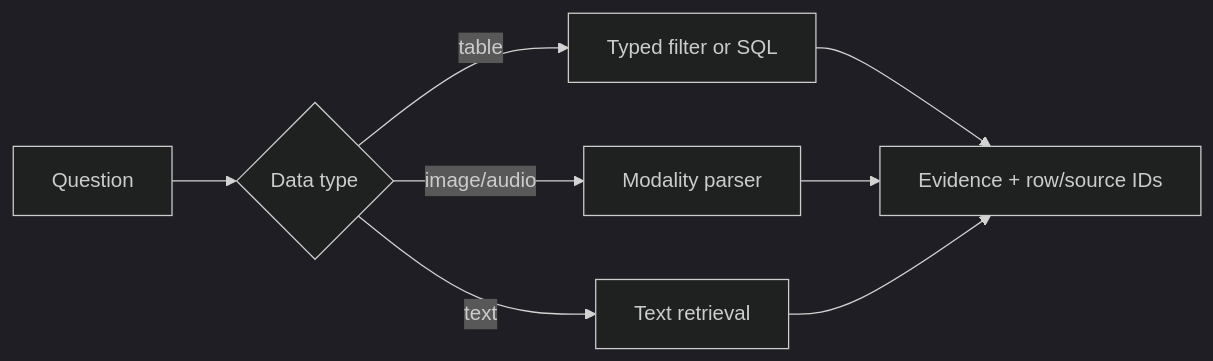
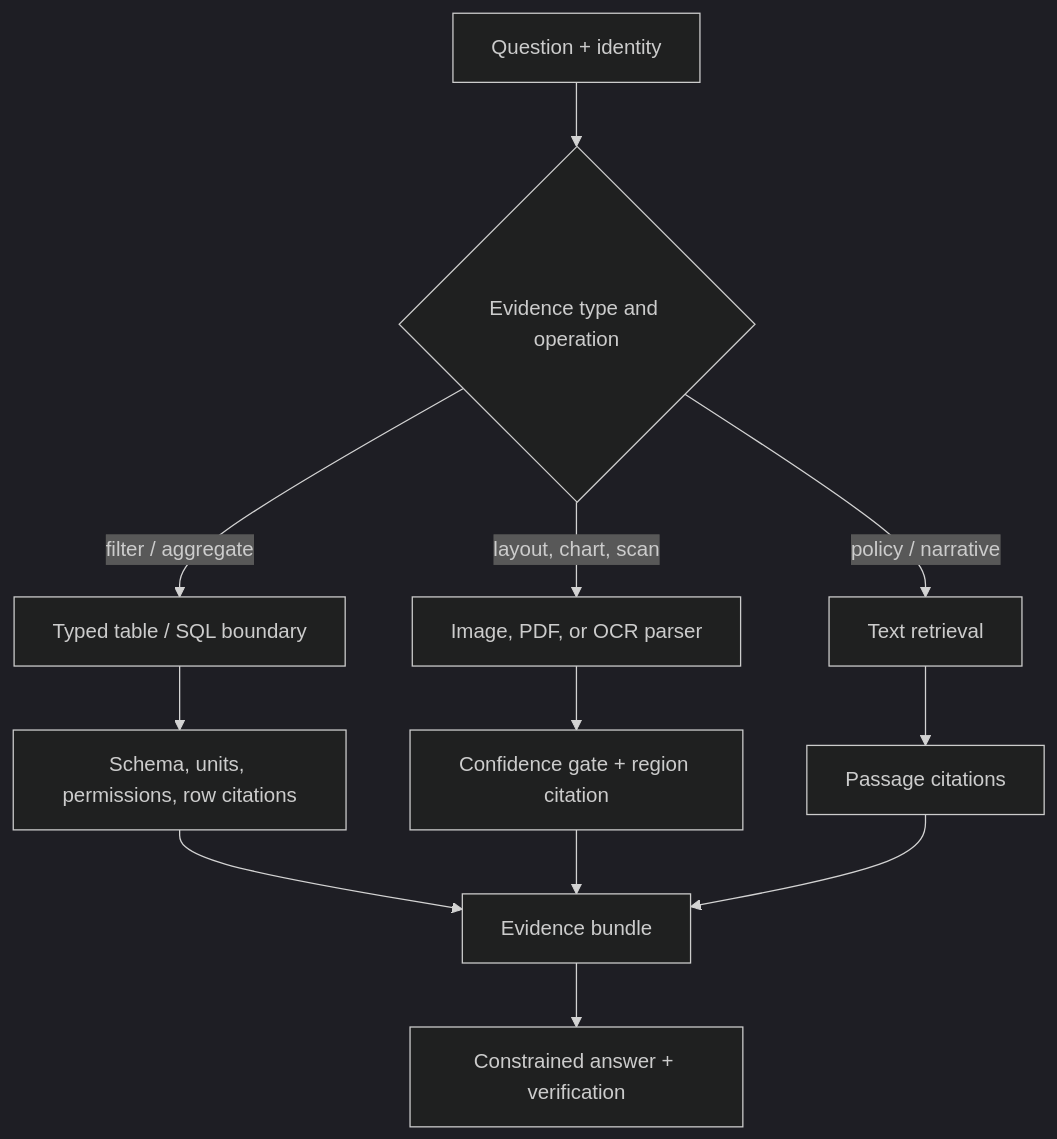
The diagram in curriculum/advanced/04-structured-multimodal/README.md (mahsa-teimourikia/awesome-rag), drawn with Mermaid (dark theme) before and after one commit. The commit also changed other lines of this file and 1 other file, not shown here.

````diff
--- a/curriculum/advanced/04-structured-multimodal/README.md
+++ b/curriculum/advanced/04-structured-multimodal/README.md
@@ -17,10 +21,14 @@
 ```mermaid
-flowchart LR
-  Q[Question] --> R{Data type}
-  R -->|table| T[Typed filter or SQL]
-  R -->|image/audio| M[Modality parser]
-  R -->|text| X[Text retrieval]
-  T --> E[Evidence + row/source IDs]
-  M --> E
-  X --> E
+flowchart TD
+  Q["Question + identity"] --> C{"Evidence type and operation"}
+  C -->|"filter / aggregate"| T["Typed table / SQL boundary"]
+  C -->|"layout, chart, scan"| V["Image, PDF, or OCR parser"]
+  C -->|"policy / narrative"| X["Text retrieval"]
+  T --> S["Schema, units, permissions, row citations"]
+  V --> O["Confidence gate + region citation"]
+  X --> P["Passage citations"]
+  S --> E["Evidence bundle"]
+  O --> E
+  P --> E
+  E --> G["Constrained answer + verification"]
 ```
````
